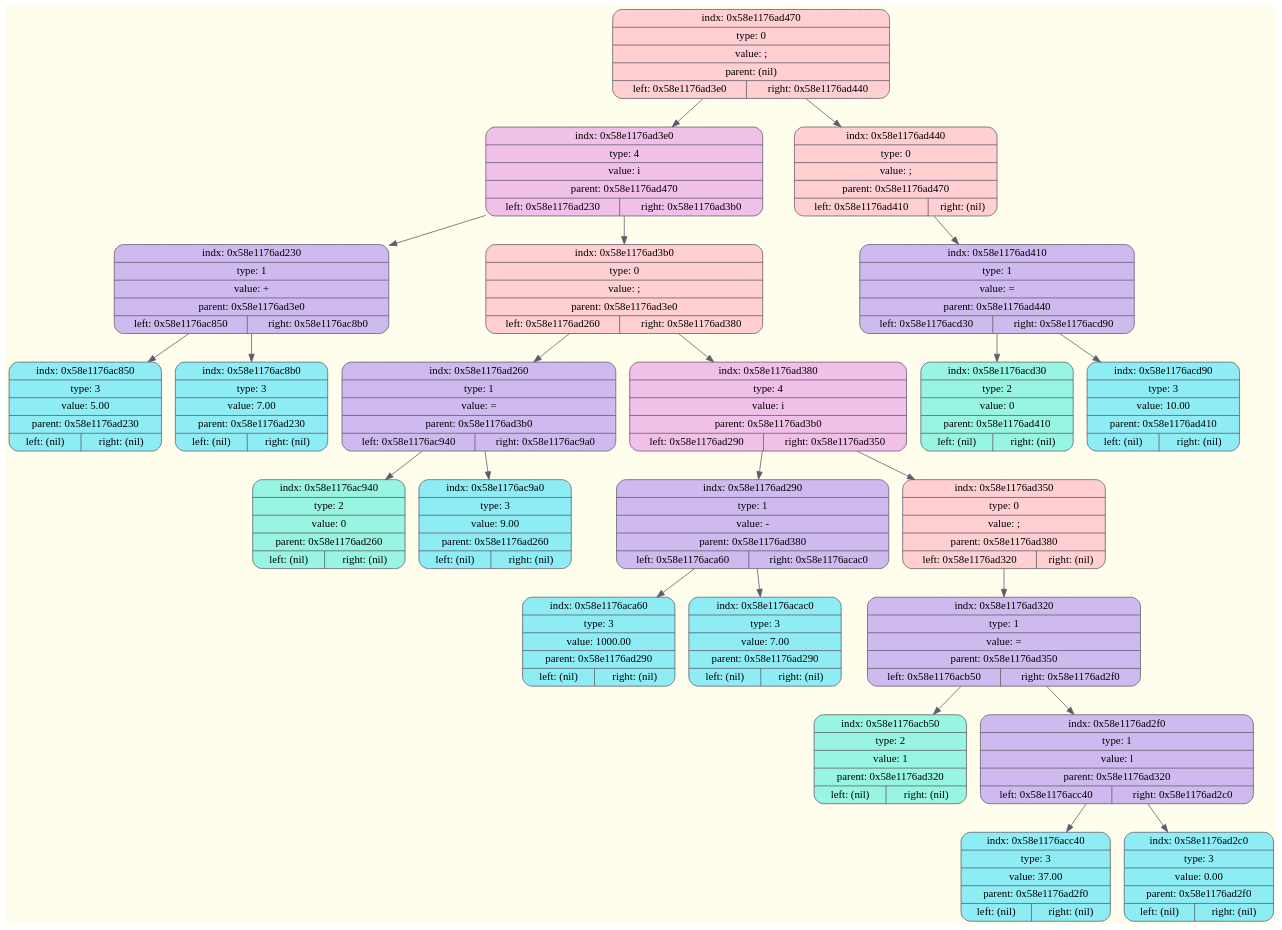
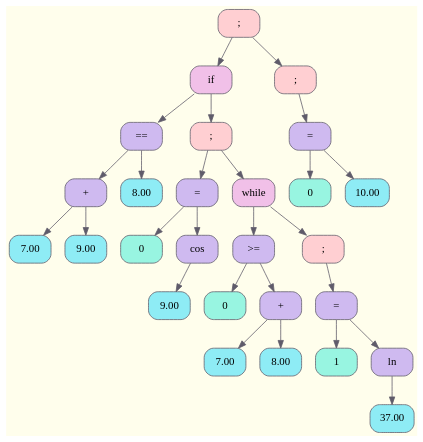
Before and after one commit to ksshkh/language: the diagram in frontend/debug/tree.dot, drawn with Graphviz. The commit also changed 8 other files, not shown here.

```diff
--- a/frontend/debug/tree.dot
+++ b/frontend/debug/tree.dot
@@ -1,51 +1,59 @@
 digraph Tree {
 	rankdir = TB;
 	node [shape = record];
 	edge [color = "#5F5B6A"];
 	bgcolor = "#FFFEEC";
-	node0x58e1176ad470 [color = "#5F5B6A", shape = Mrecord, style = filled, fillcolor = "#FFCFD2", label = "{indx: 0x58e1176ad470 | type: 0 | value: ; | parent: (nil) | { left: 0x58e1176ad3e0 | right: 0x58e1176ad440}}"];
-		node0x58e1176ad470 -> node0x58e1176ad3e0
-	node0x58e1176ad3e0 [color = "#5F5B6A", shape = Mrecord, style = filled, fillcolor = "#F1C0E8", label = "{indx: 0x58e1176ad3e0 | type: 4 | value: i | parent: 0x58e1176ad470 | { left: 0x58e1176ad230 | right: 0x58e1176ad3b0}}"];
-		node0x58e1176ad3e0 -> node0x58e1176ad230
-	node0x58e1176ad230 [color = "#5F5B6A", shape = Mrecord, style = filled, fillcolor = "#CFBAF0", label = "{indx: 0x58e1176ad230 | type: 1 | value: + | parent: 0x58e1176ad3e0 | { left: 0x58e1176ac850 | right: 0x58e1176ac8b0}}"];
-		node0x58e1176ad230 -> node0x58e1176ac850
-	node0x58e1176ac850 [color = "#5F5B6A", shape = Mrecord, style = filled, fillcolor = "#8EECF5", label = "{indx: 0x58e1176ac850 | type: 3 | value: 5.00 | parent: 0x58e1176ad230 | { left: (nil) | right: (nil)}}"];
-		node0x58e1176ad230 -> node0x58e1176ac8b0
-	node0x58e1176ac8b0 [color = "#5F5B6A", shape = Mrecord, style = filled, fillcolor = "#8EECF5", label = "{indx: 0x58e1176ac8b0 | type: 3 | value: 7.00 | parent: 0x58e1176ad230 | { left: (nil) | right: (nil)}}"];
-		node0x58e1176ad3e0 -> node0x58e1176ad3b0
-	node0x58e1176ad3b0 [color = "#5F5B6A", shape = Mrecord, style = filled, fillcolor = "#FFCFD2", label = "{indx: 0x58e1176ad3b0 | type: 0 | value: ; | parent: 0x58e1176ad3e0 | { left: 0x58e1176ad260 | right: 0x58e1176ad380}}"];
-		node0x58e1176ad3b0 -> node0x58e1176ad260
-	node0x58e1176ad260 [color = "#5F5B6A", shape = Mrecord, style = filled, fillcolor = "#CFBAF0", label = "{indx: 0x58e1176ad260 | type: 1 | value: = | parent: 0x58e1176ad3b0 | { left: 0x58e1176ac940 | right: 0x58e1176ac9a0}}"];
-		node0x58e1176ad260 -> node0x58e1176ac940
-	node0x58e1176ac940 [color = "#5F5B6A", shape = Mrecord, style = filled, fillcolor = "#98F5E1", label = "{indx: 0x58e1176ac940 | type: 2 | value: 0 | parent: 0x58e1176ad260 | { left: (nil) | right: (nil)}}"];
-		node0x58e1176ad260 -> node0x58e1176ac9a0
-	node0x58e1176ac9a0 [color = "#5F5B6A", shape = Mrecord, style = filled, fillcolor = "#8EECF5", label = "{indx: 0x58e1176ac9a0 | type: 3 | value: 9.00 | parent: 0x58e1176ad260 | { left: (nil) | right: (nil)}}"];
-		node0x58e1176ad3b0 -> node0x58e1176ad380
-	node0x58e1176ad380 [color = "#5F5B6A", shape = Mrecord, style = filled, fillcolor = "#F1C0E8", label = "{indx: 0x58e1176ad380 | type: 4 | value: i | parent: 0x58e1176ad3b0 | { left: 0x58e1176ad290 | right: 0x58e1176ad350}}"];
-		node0x58e1176ad380 -> node0x58e1176ad290
-	node0x58e1176ad290 [color = "#5F5B6A", shape = Mrecord, style = filled, fillcolor = "#CFBAF0", label = "{indx: 0x58e1176ad290 | type: 1 | value: - | parent: 0x58e1176ad380 | { left: 0x58e1176aca60 | right: 0x58e1176acac0}}"];
-		node0x58e1176ad290 -> node0x58e1176aca60
-	node0x58e1176aca60 [color = "#5F5B6A", shape = Mrecord, style = filled, fillcolor = "#8EECF5", label = "{indx: 0x58e1176aca60 | type: 3 | value: 1000.00 | parent: 0x58e1176ad290 | { left: (nil) | right: (nil)}}"];
-		node0x58e1176ad290 -> node0x58e1176acac0
-	node0x58e1176acac0 [color = "#5F5B6A", shape = Mrecord, style = filled, fillcolor = "#8EECF5", label = "{indx: 0x58e1176acac0 | type: 3 | value: 7.00 | parent: 0x58e1176ad290 | { left: (nil) | right: (nil)}}"];
-		node0x58e1176ad380 -> node0x58e1176ad350
-	node0x58e1176ad350 [color = "#5F5B6A", shape = Mrecord, style = filled, fillcolor = "#FFCFD2", label = "{indx: 0x58e1176ad350 | type: 0 | value: ; | parent: 0x58e1176ad380 | { left: 0x58e1176ad320 | right: (nil)}}"];
-		node0x58e1176ad350 -> node0x58e1176ad320
-	node0x58e1176ad320 [color = "#5F5B6A", shape = Mrecord, style = filled, fillcolor = "#CFBAF0", label = "{indx: 0x58e1176ad320 | type: 1 | value: = | parent: 0x58e1176ad350 | { left: 0x58e1176acb50 | right: 0x58e1176ad2f0}}"];
-		node0x58e1176ad320 -> node0x58e1176acb50
-	node0x58e1176acb50 [color = "#5F5B6A", shape = Mrecord, style = filled, fillcolor = "#98F5E1", label = "{indx: 0x58e1176acb50 | type: 2 | value: 1 | parent: 0x58e1176ad320 | { left: (nil) | right: (nil)}}"];
-		node0x58e1176ad320 -> node0x58e1176ad2f0
-	node0x58e1176ad2f0 [color = "#5F5B6A", shape = Mrecord, style = filled, fillcolor = "#CFBAF0", label = "{indx: 0x58e1176ad2f0 | type: 1 | value: l | parent: 0x58e1176ad320 | { left: 0x58e1176acc40 | right: 0x58e1176ad2c0}}"];
-		node0x58e1176ad2f0 -> node0x58e1176acc40
-	node0x58e1176acc40 [color = "#5F5B6A", shape = Mrecord, style = filled, fillcolor = "#8EECF5", label = "{indx: 0x58e1176acc40 | type: 3 | value: 37.00 | parent: 0x58e1176ad2f0 | { left: (nil) | right: (nil)}}"];
-		node0x58e1176ad2f0 -> node0x58e1176ad2c0
-	node0x58e1176ad2c0 [color = "#5F5B6A", shape = Mrecord, style = filled, fillcolor = "#8EECF5", label = "{indx: 0x58e1176ad2c0 | type: 3 | value: 0.00 | parent: 0x58e1176ad2f0 | { left: (nil) | right: (nil)}}"];
-		node0x58e1176ad470 -> node0x58e1176ad440
-	node0x58e1176ad440 [color = "#5F5B6A", shape = Mrecord, style = filled, fillcolor = "#FFCFD2", label = "{indx: 0x58e1176ad440 | type: 0 | value: ; | parent: 0x58e1176ad470 | { left: 0x58e1176ad410 | right: (nil)}}"];
-		node0x58e1176ad440 -> node0x58e1176ad410
-	node0x58e1176ad410 [color = "#5F5B6A", shape = Mrecord, style = filled, fillcolor = "#CFBAF0", label = "{indx: 0x58e1176ad410 | type: 1 | value: = | parent: 0x58e1176ad440 | { left: 0x58e1176acd30 | right: 0x58e1176acd90}}"];
-		node0x58e1176ad410 -> node0x58e1176acd30
-	node0x58e1176acd30 [color = "#5F5B6A", shape = Mrecord, style = filled, fillcolor = "#98F5E1", label = "{indx: 0x58e1176acd30 | type: 2 | value: 0 | parent: 0x58e1176ad410 | { left: (nil) | right: (nil)}}"];
-		node0x58e1176ad410 -> node0x58e1176acd90
-	node0x58e1176acd90 [color = "#5F5B6A", shape = Mrecord, style = filled, fillcolor = "#8EECF5", label = "{indx: 0x58e1176acd90 | type: 3 | value: 10.00 | parent: 0x58e1176ad410 | { left: (nil) | right: (nil)}}"];
+	node0x568df608c670 [color = "#5F5B6A", shape = Mrecord, style = filled, fillcolor = "#FFCFD2", label = "{;}"];
+		node0x568df608c670 -> node0x568df608c5e0
+	node0x568df608c5e0 [color = "#5F5B6A", shape = Mrecord, style = filled, fillcolor = "#F1C0E8", label = "{if}"];
+		node0x568df608c5e0 -> node0x568df608c400
+	node0x568df608c400 [color = "#5F5B6A", shape = Mrecord, style = filled, fillcolor = "#CFBAF0", label = "{==}"];
+		node0x568df608c400 -> node0x568df608c3d0
+	node0x568df608c3d0 [color = "#5F5B6A", shape = Mrecord, style = filled, fillcolor = "#CFBAF0", label = "{+}"];
+		node0x568df608c3d0 -> node0x568df608b8d0
+	node0x568df608b8d0 [color = "#5F5B6A", shape = Mrecord, style = filled, fillcolor = "#8EECF5", label = "{7.00}"];
+		node0x568df608c3d0 -> node0x568df608b930
+	node0x568df608b930 [color = "#5F5B6A", shape = Mrecord, style = filled, fillcolor = "#8EECF5", label = "{9.00}"];
+		node0x568df608c400 -> node0x568df608b990
+	node0x568df608b990 [color = "#5F5B6A", shape = Mrecord, style = filled, fillcolor = "#8EECF5", label = "{8.00}"];
+		node0x568df608c5e0 -> node0x568df608c5b0
+	node0x568df608c5b0 [color = "#5F5B6A", shape = Mrecord, style = filled, fillcolor = "#FFCFD2", label = "{;}"];
+		node0x568df608c5b0 -> node0x568df608c460
+	node0x568df608c460 [color = "#5F5B6A", shape = Mrecord, style = filled, fillcolor = "#CFBAF0", label = "{=}"];
+		node0x568df608c460 -> node0x568df608ba20
+	node0x568df608ba20 [color = "#5F5B6A", shape = Mrecord, style = filled, fillcolor = "#98F5E1", label = "{0}"];
+		node0x568df608c460 -> node0x568df608c430
+	node0x568df608c430 [color = "#5F5B6A", shape = Mrecord, style = filled, fillcolor = "#CFBAF0", label = "{cos}"];
+		node0x568df608c430 -> node0x568df608bae0
+	node0x568df608bae0 [color = "#5F5B6A", shape = Mrecord, style = filled, fillcolor = "#8EECF5", label = "{9.00}"];
+		node0x568df608c5b0 -> node0x568df608c580
+	node0x568df608c580 [color = "#5F5B6A", shape = Mrecord, style = filled, fillcolor = "#F1C0E8", label = "{while}"];
+		node0x568df608c580 -> node0x568df608c4c0
+	node0x568df608c4c0 [color = "#5F5B6A", shape = Mrecord, style = filled, fillcolor = "#CFBAF0", label = "{&gt;=}"];
+		node0x568df608c4c0 -> node0x568df608bbd0
+	node0x568df608bbd0 [color = "#5F5B6A", shape = Mrecord, style = filled, fillcolor = "#98F5E1", label = "{0}"];
+		node0x568df608c4c0 -> node0x568df608c490
+	node0x568df608c490 [color = "#5F5B6A", shape = Mrecord, style = filled, fillcolor = "#CFBAF0", label = "{+}"];
+		node0x568df608c490 -> node0x568df608bc30
+	node0x568df608bc30 [color = "#5F5B6A", shape = Mrecord, style = filled, fillcolor = "#8EECF5", label = "{7.00}"];
+		node0x568df608c490 -> node0x568df608bc90
+	node0x568df608bc90 [color = "#5F5B6A", shape = Mrecord, style = filled, fillcolor = "#8EECF5", label = "{8.00}"];
+		node0x568df608c580 -> node0x568df608c550
+	node0x568df608c550 [color = "#5F5B6A", shape = Mrecord, style = filled, fillcolor = "#FFCFD2", label = "{;}"];
+		node0x568df608c550 -> node0x568df608c520
+	node0x568df608c520 [color = "#5F5B6A", shape = Mrecord, style = filled, fillcolor = "#CFBAF0", label = "{=}"];
+		node0x568df608c520 -> node0x568df608bd20
+	node0x568df608bd20 [color = "#5F5B6A", shape = Mrecord, style = filled, fillcolor = "#98F5E1", label = "{1}"];
+		node0x568df608c520 -> node0x568df608c4f0
+	node0x568df608c4f0 [color = "#5F5B6A", shape = Mrecord, style = filled, fillcolor = "#CFBAF0", label = "{ln}"];
+		node0x568df608c4f0 -> node0x568df608bde0
+	node0x568df608bde0 [color = "#5F5B6A", shape = Mrecord, style = filled, fillcolor = "#8EECF5", label = "{37.00}"];
+		node0x568df608c670 -> node0x568df608c640
+	node0x568df608c640 [color = "#5F5B6A", shape = Mrecord, style = filled, fillcolor = "#FFCFD2", label = "{;}"];
+		node0x568df608c640 -> node0x568df608c610
+	node0x568df608c610 [color = "#5F5B6A", shape = Mrecord, style = filled, fillcolor = "#CFBAF0", label = "{=}"];
+		node0x568df608c610 -> node0x568df608bed0
+	node0x568df608bed0 [color = "#5F5B6A", shape = Mrecord, style = filled, fillcolor = "#98F5E1", label = "{0}"];
+		node0x568df608c610 -> node0x568df608bf30
+	node0x568df608bf30 [color = "#5F5B6A", shape = Mrecord, style = filled, fillcolor = "#8EECF5", label = "{10.00}"];
 }
```
